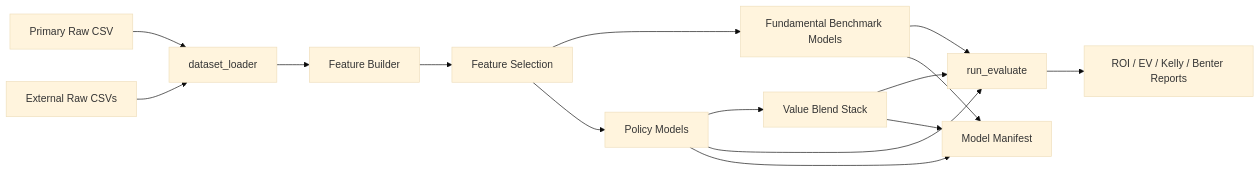
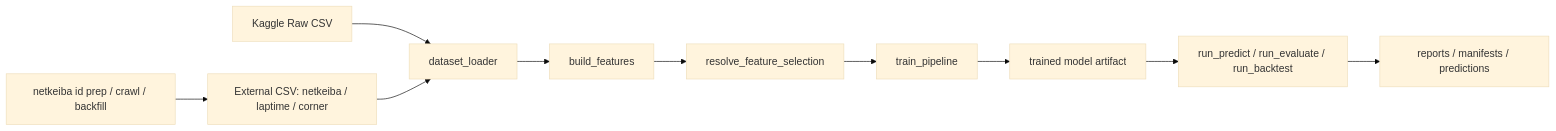
The diagram in docs/architecture.md (Npieju/nr-learn), drawn with Mermaid (base theme) before and after one commit. The commit also changed other lines of this file, not shown here.

Commit message:
Refresh current architecture documentation

````diff
--- a/docs/architecture.md
+++ b/docs/architecture.md
@@ -15,17 +20,12 @@
 ```mermaid
 flowchart LR
-  A[Primary Raw CSV] --> B[dataset_loader]
-  A2[External Raw CSVs] --> B
-  B --> C[Feature Builder]
-  C --> D[Feature Selection]
-  D --> E1[Fundamental Benchmark Models]
-  D --> E2[Policy Models]
-  E2 --> F[Value Blend Stack]
-  E1 --> G[run_evaluate]
-  E2 --> G
-  F --> G
-  G --> H[ROI / EV / Kelly / Benter Reports]
-  E1 --> I[Model Manifest]
-  E2 --> I
-  F --> I
+  A[Kaggle Raw CSV] --> B[dataset_loader]
+  A2[External CSV: netkeiba / laptime / corner] --> B
+  B --> C[build_features]
+  C --> D[resolve_feature_selection]
+  D --> E[train_pipeline]
+  E --> F[trained model artifact]
+  F --> G[run_predict / run_evaluate / run_backtest]
+  H[netkeiba id prep / crawl / backfill] --> A2
+  G --> I[reports / manifests / predictions]
 ```
````
